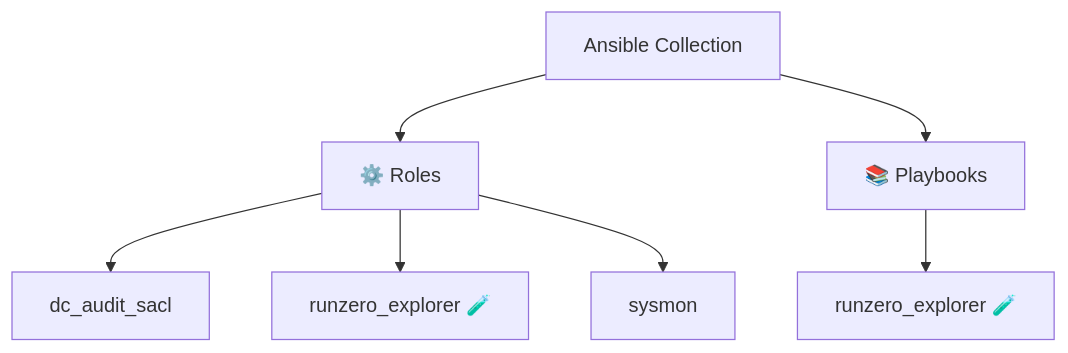
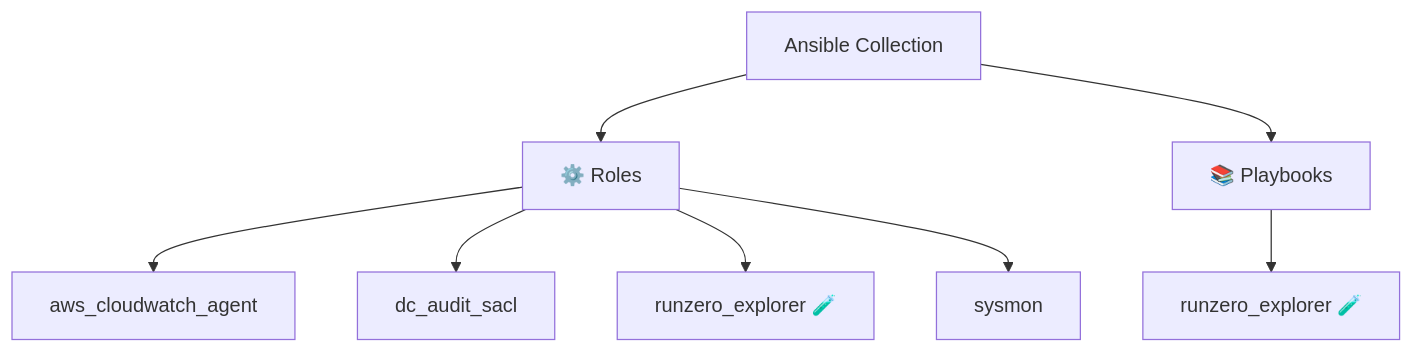
Before and after one commit to l50/ansible-collection-bulwark: the diagram in README.md, drawn with Mermaid. The commit also changed other lines of this file and 9 other files, not shown here.

First line of the commit message:
feat: add aws_cloudwatch_agent role from ares migration

````diff
--- a/README.md
+++ b/README.md
@@ -14,10 +14,11 @@
 ```mermaid
 graph TD
     Collection[Ansible Collection]
     Collection --> Roles[⚙️ Roles]
-    Roles --> R0[dc_audit_sacl]
-    Roles --> R1[runzero_explorer 🧪]
-    Roles --> R2[sysmon]
+    Roles --> R0[aws_cloudwatch_agent]
+    Roles --> R1[dc_audit_sacl]
+    Roles --> R2[runzero_explorer 🧪]
+    Roles --> R3[sysmon]
     Collection --> Playbooks[📚 Playbooks]
     Playbooks --> PB0[runzero_explorer 🧪]
 ```
````
